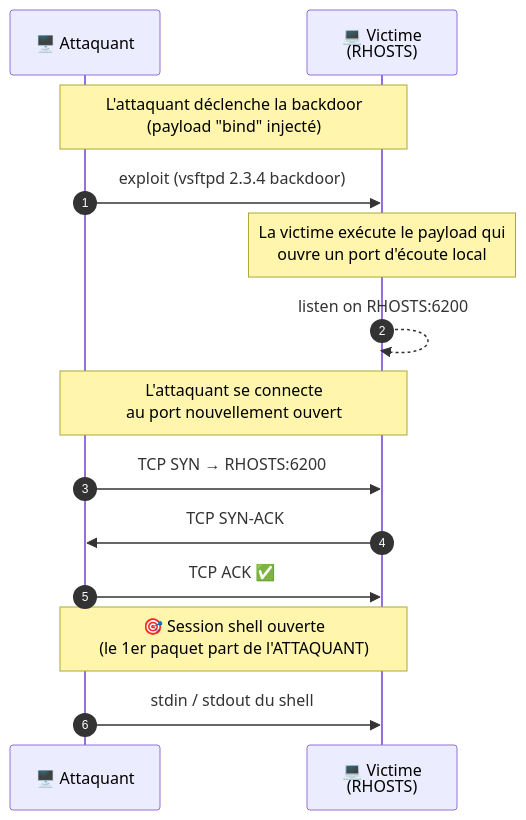
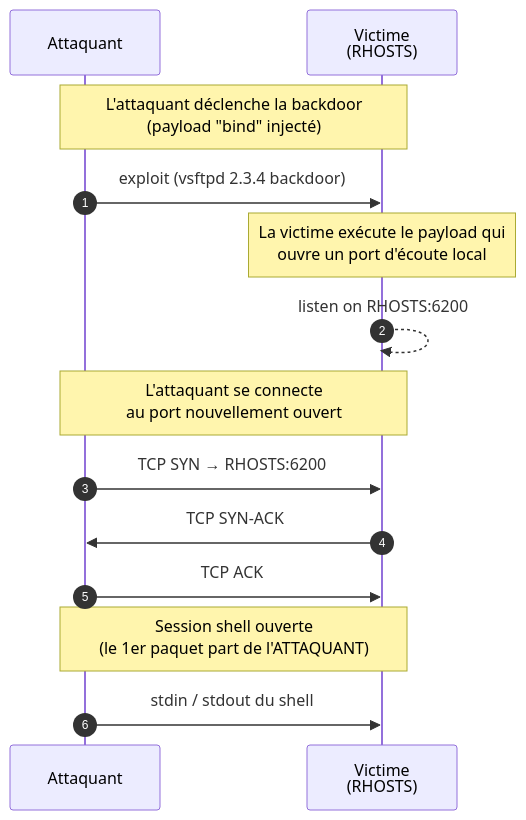
Before and after one commit to EPHEC-TECH/intro-cybersecurite-pratique: the first of 2 diagrams in _seances/10-exploitation.md, drawn with Mermaid. The commit also changed other lines of this file, not shown here.

````diff
--- a/_seances/10-exploitation.md
+++ b/_seances/10-exploitation.md
@@ -104,20 +104,20 @@
 ```mermaid
 sequenceDiagram
     autonumber
-    participant A as 🖥️ Attaquant
-    participant V as 💻 Victime<br/>(RHOSTS)
+    participant A as Attaquant
+    participant V as Victime<br/>(RHOSTS)
 
     Note over A,V: L'attaquant déclenche la backdoor<br/>(payload "bind" injecté)
     A->>V: exploit (vsftpd 2.3.4 backdoor)
 
     Note over V: La victime exécute le payload qui<br/>ouvre un port d'écoute local
     V-->>V: listen on RHOSTS:6200
 
     Note over A,V: L'attaquant se connecte<br/>au port nouvellement ouvert
     A->>V: TCP SYN → RHOSTS:6200
     V->>A: TCP SYN-ACK
-    A->>V: TCP ACK ✅
+    A->>V: TCP ACK
 
-    Note over A,V: 🎯 Session shell ouverte<br/>(le 1er paquet part de l'ATTAQUANT)
+    Note over A,V: Session shell ouverte<br/>(le 1er paquet part de l'ATTAQUANT)
     A->>V: stdin / stdout du shell
 ```
````
